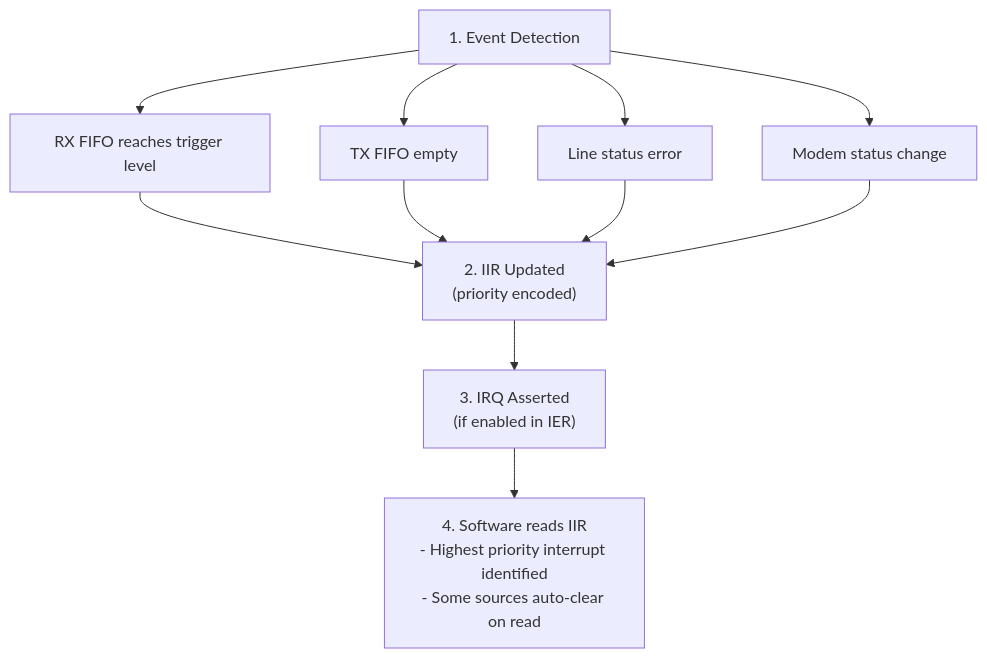
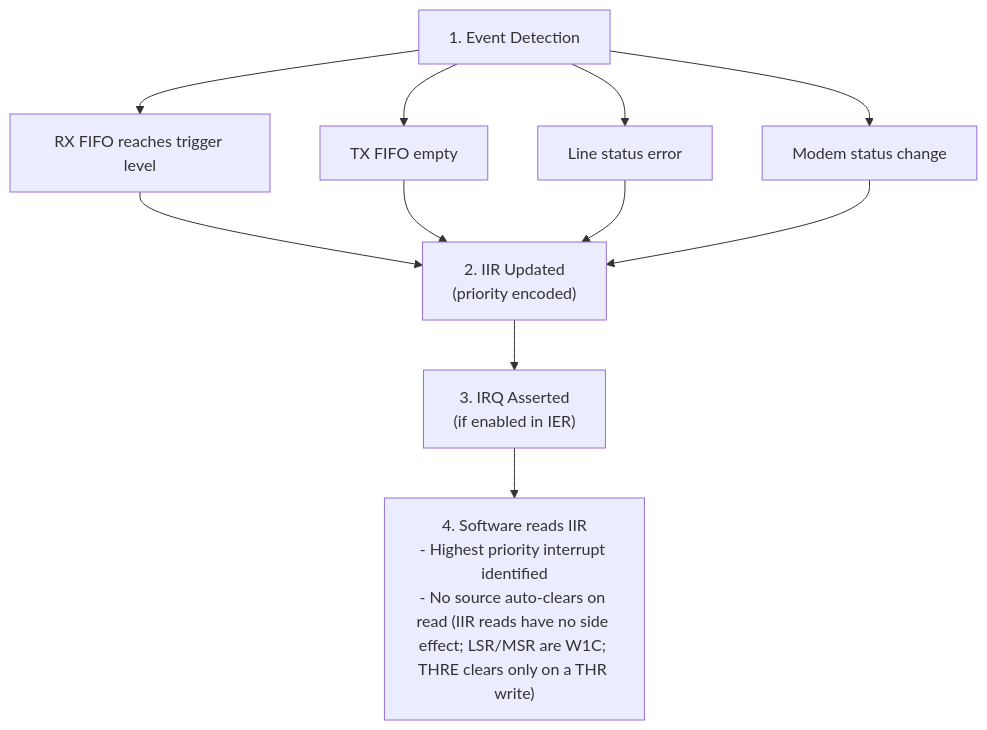
The third of 4 diagrams in projects/components/retro_legacy_blocks/docs/uart_16550_mas/ch01_overview/02_architecture.md (sean-galloway/RTLDesignSherpa), drawn with Mermaid before and after one commit. The commit also changed other lines of this file and 16 other files, not shown here.

````diff
--- a/projects/components/retro_legacy_blocks/docs/uart_16550_mas/ch01_overview/02_architecture.md
+++ b/projects/components/retro_legacy_blocks/docs/uart_16550_mas/ch01_overview/02_architecture.md
@@ -88,13 +88,13 @@
 ```mermaid
 flowchart TD
     A["1. Event Detection"] --> B["RX FIFO reaches trigger level"]
     A --> C["TX FIFO empty"]
     A --> D["Line status error"]
     A --> E["Modem status change"]
     B --> F["2. IIR Updated<br/>(priority encoded)"]
     C --> F
     D --> F
     E --> F
     F --> G["3. IRQ Asserted<br/>(if enabled in IER)"]
-    G --> H["4. Software reads IIR<br/>- Highest priority interrupt identified<br/>- Some sources auto-clear on read"]
+    G --> H["4. Software reads IIR<br/>- Highest priority interrupt identified<br/>- No source auto-clears on read (IIR reads have no side effect; LSR/MSR are W1C; THRE clears only on a THR write)"]
 ```
````
